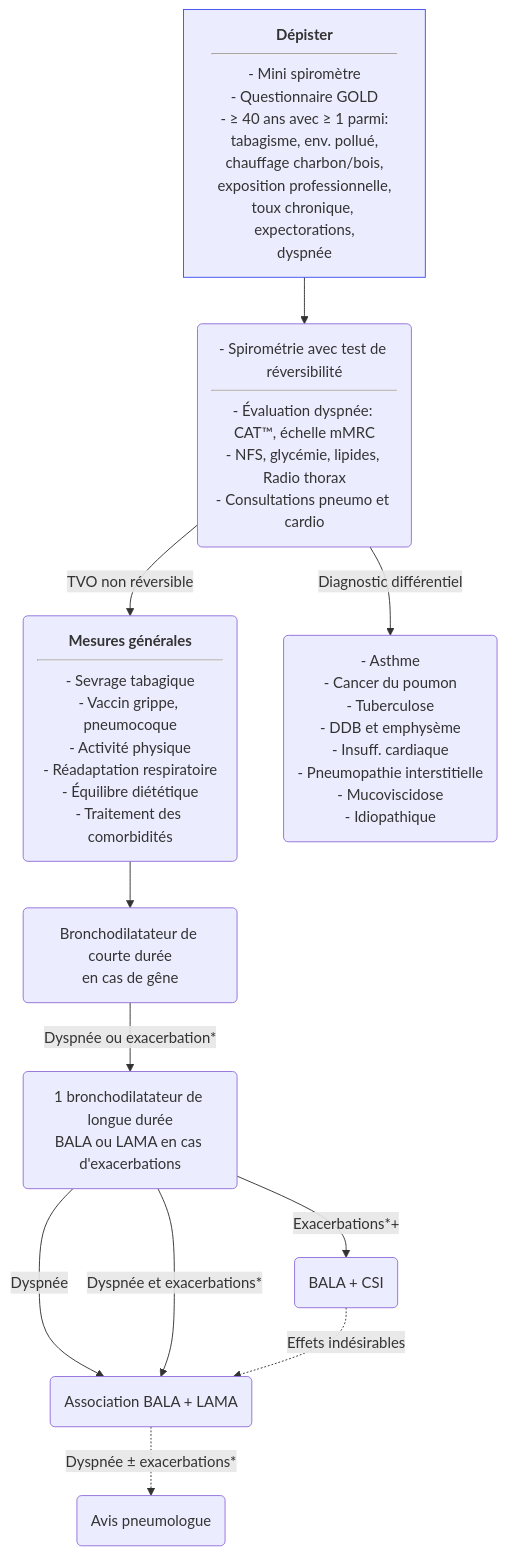
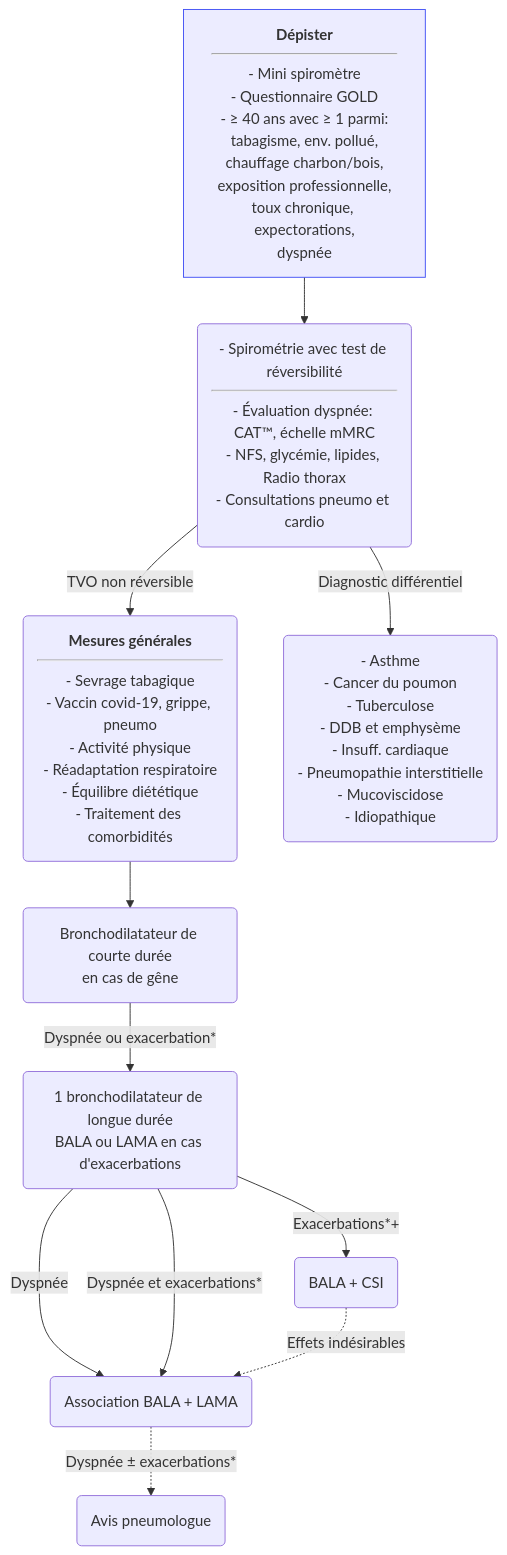
One commit to djibe/recommandations-medicales changed the diagram in content/recommandations/bronchopneumopathie-chronique-obstructive.md. Above: the diagram before and after it, drawn with Mermaid. The commit also changed other lines of this file and 15 other files, not shown here.

```diff
--- a/content/recommandations/bronchopneumopathie-chronique-obstructive.md
+++ b/content/recommandations/bronchopneumopathie-chronique-obstructive.md
@@ -517,15 +518,15 @@
 {{< mermaid title="Conduite à tenir pour le dépistage et le traitement de la BPCO. Dr JB Fron d'après SPLF, ERS et GOLD 2021" >}}
 graph TB
   depister["<strong>Dépister</strong><hr>- Mini spiromètre<br>- Questionnaire GOLD<br>- &ge; 40 ans avec &ge; 1 parmi:<br>tabagisme, env. pollué,<br>chauffage charbon/bois,<br>exposition professionnelle,<br>toux chronique, expectorations,<br>dyspnée"]
   style depister stroke:#4150f5, stroke-width:1px
     depister --> spirometrie("- Spirométrie avec test de réversibilité<hr>- Évaluation dyspnée: CAT&trade;, échelle mMRC<br>- NFS, glycémie, lipides, Radio thorax<br>- Consultations pneumo et cardio")
-      spirometrie -- TVO non réversible --> rhd("<strong>Mesures générales</strong><hr>- Sevrage tabagique<br>- Vaccin grippe, pneumocoque<br>- Activité physique<br>- Réadaptation respiratoire<br>- Équilibre diététique<br>- Traitement des comorbidités")
+      spirometrie -- TVO non réversible --> rhd("<strong>Mesures générales</strong><hr>- Sevrage tabagique<br>- Vaccin covid-19, grippe, pneumo<br>- Activité physique<br>- Réadaptation respiratoire<br>- Équilibre diététique<br>- Traitement des comorbidités")
         rhd --> bdca("Bronchodilatateur de courte durée<br>en cas de gêne")
           bdca -- "Dyspnée ou exacerbation*" --> bdla("1 bronchodilatateur de longue durée<br>BALA ou LAMA en cas d'exacerbations")
             bdla -- Dyspnée --> bitherapie(Association BALA + LAMA)
               bitherapie -. "Dyspnée &plusmn; exacerbations*" .-> avis(Avis pneumologue)
             bdla -- "Dyspnée et exacerbations*" --> bitherapie
             bdla -- Exacerbations*+ --> csi(BALA + CSI)
               csi -. Effets indésirables .-> bitherapie
       spirometrie -- Diagnostic différentiel --> differentiel("- Asthme<br>- Cancer du poumon<br>- Tuberculose<br>- DDB et emphysème<br>- Insuff. cardiaque<br>- Pneumopathie interstitielle<br>- Mucoviscidose<br>- Idiopathique")
 {{< /mermaid >}}
```
